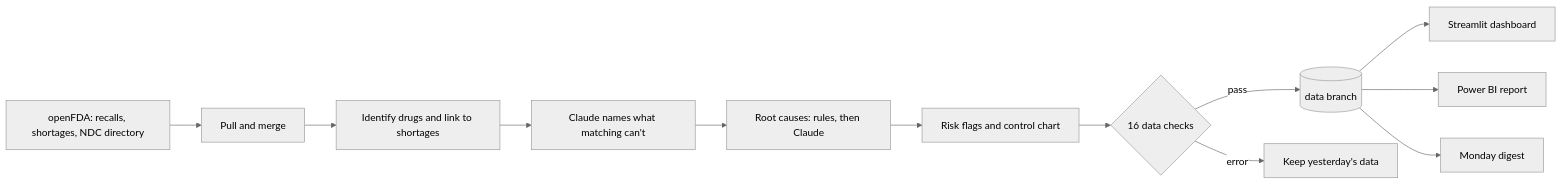
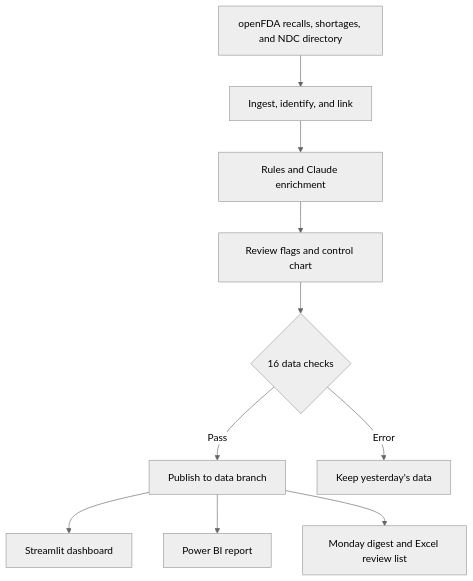
One commit to Showrish/shortagesignal changed the diagram in README.md. Above: the diagram before and after it, drawn with Mermaid (neutral theme). The commit also changed other lines of this file, not shown here.

````diff
--- a/README.md
+++ b/README.md
@@ -30,14 +51,12 @@
 ```mermaid
-flowchart LR
-    A[openFDA: recalls, shortages, NDC directory] --> B[Pull and merge]
-    B --> C[Identify drugs and link to shortages]
-    C --> D[Claude names what matching can't]
-    D --> E[Root causes: rules, then Claude]
-    E --> F[Risk flags and control chart]
-    F --> G{16 data checks}
-    G -->|pass| H[(data branch)]
-    G -->|error| I[Keep yesterday's data]
-    H --> J[Streamlit dashboard]
-    H --> K[Power BI report]
-    H --> L[Monday digest]
+flowchart TD
+    A["openFDA recalls, shortages, and NDC directory"] --> B["Ingest, identify, and link"]
+    B --> C["Rules and Claude enrichment"]
+    C --> D["Review flags and control chart"]
+    D --> E{"16 data checks"}
+    E -->|Pass| F["Publish to data branch"]
+    E -->|Error| G["Keep yesterday's data"]
+    F --> H["Streamlit dashboard"]
+    F --> I["Power BI report"]
+    F --> J["Monday digest and Excel review list"]
 ```
````
